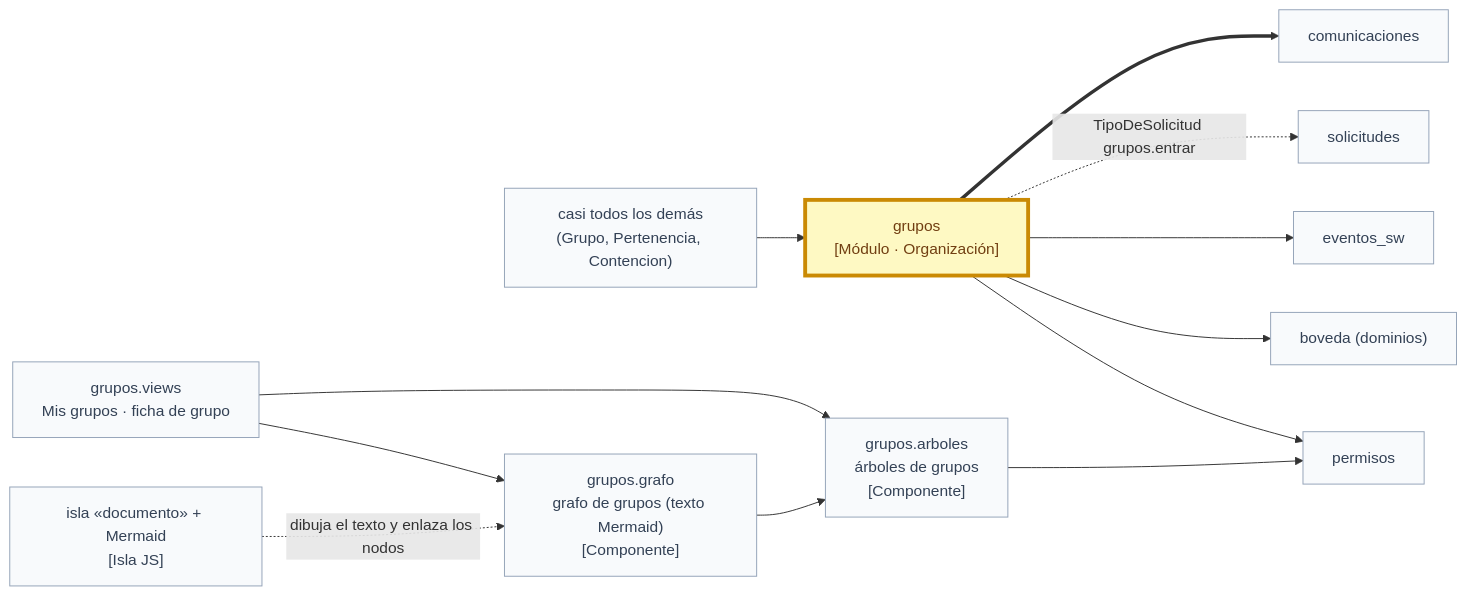
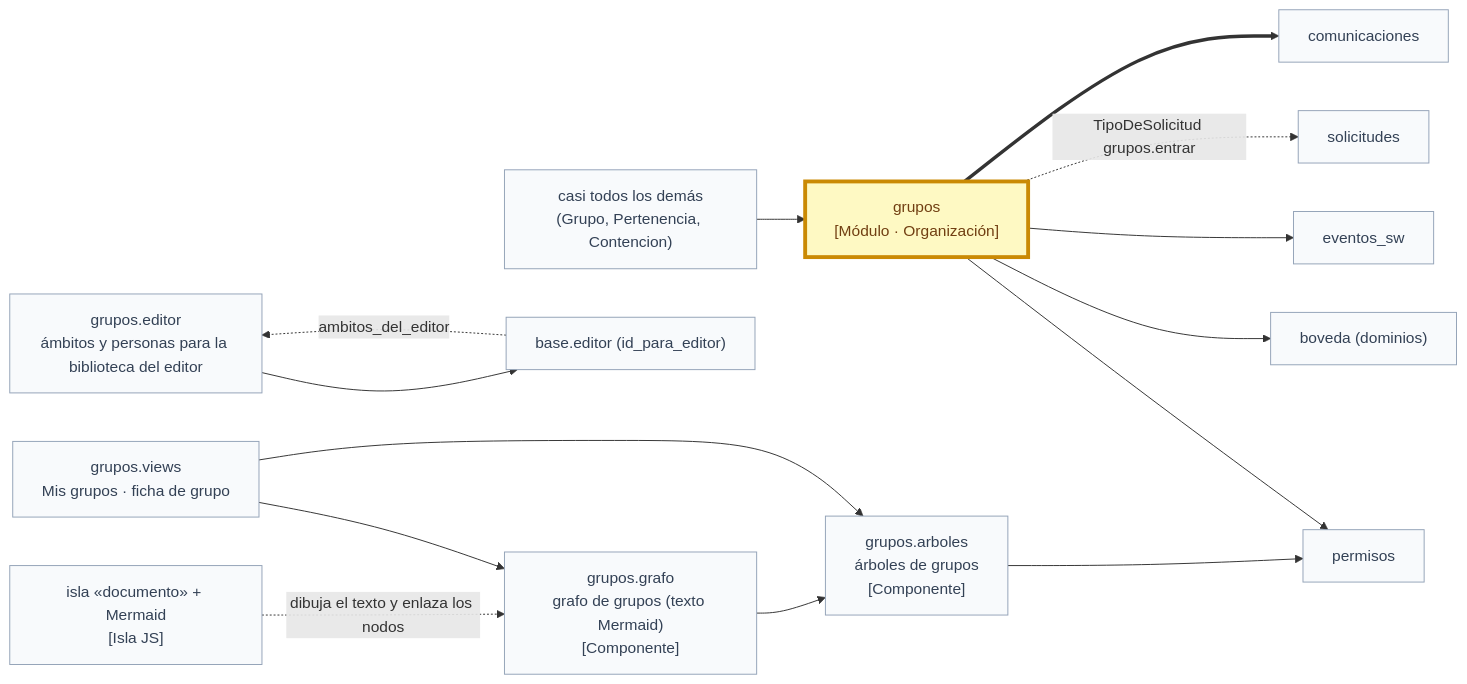
One commit to chemabc/groupy changed diagram 11 of 40 in docs/arquitectura.md. Above: the diagram before and after it, drawn with Mermaid. The commit also changed other lines of this file and 23 other files, not shown here.

First line of the commit message:
Biblioteca del editor desde la plataforma: pantallas de plantillas y fragmentos, ámbitos en el pase y compartir con personas

````diff
--- a/docs/arquitectura.md
+++ b/docs/arquitectura.md
@@ -406,27 +408,31 @@
 ```mermaid
 flowchart LR
   classDef yo fill:#fef9c3,stroke:#ca8a04,stroke-width:4px,color:#713f12
   classDef otro fill:#f8fafc,stroke:#94a3b8,color:#334155
   gru["grupos<br/>[Módulo · Organización]"]:::yo
   per["permisos"]:::otro
   bov["boveda (dominios)"]:::otro
   esw["eventos_sw"]:::otro
   sol["solicitudes"]:::otro
   com["comunicaciones"]:::otro
   casi["casi todos los demás<br/>(Grupo, Pertenencia, Contencion)"]:::otro
   arb["grupos.arboles<br/>árboles de grupos<br/>[Componente]"]:::otro
   graf["grupos.grafo<br/>grafo de grupos (texto Mermaid)<br/>[Componente]"]:::otro
   doc["isla «documento» + Mermaid<br/>[Isla JS]"]:::otro
   graf --> arb
   vis --> graf
   doc -. "dibuja el texto y enlaza los nodos" .-> graf
   vis["grupos.views<br/>Mis grupos · ficha de grupo"]:::otro
   vis --> arb
   arb --> per
   gru --> per
   gru --> bov
   gru --> esw
   gru -. "TipoDeSolicitud grupos.entrar" .-> sol
   gru ==> com
   casi --> gru
+  ged["grupos.editor<br/>ámbitos y personas para la biblioteca del editor"]:::otro
+  bed["base.editor (id_para_editor)"]:::otro
+  ged --> bed
+  bed -. "ambitos_del_editor" .-> ged
 ```
````
